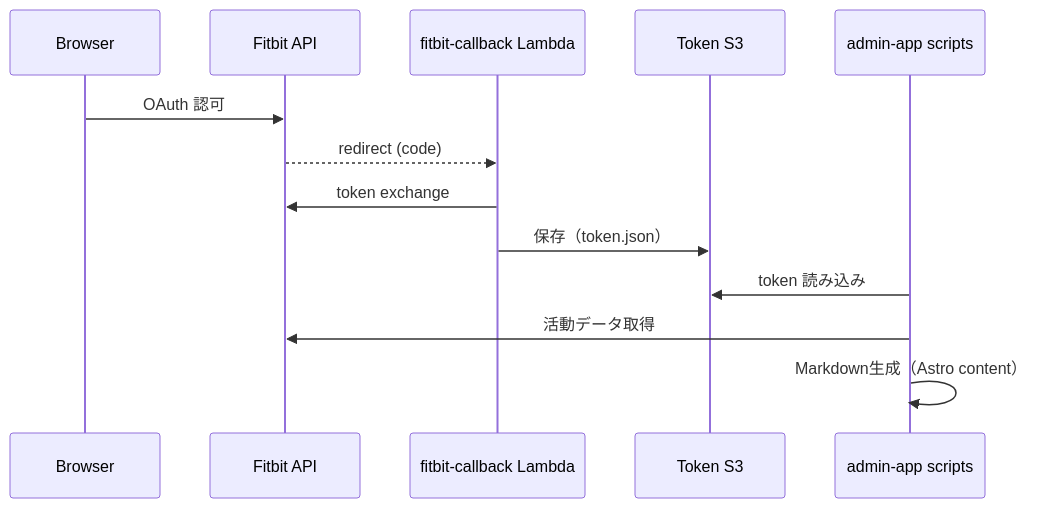
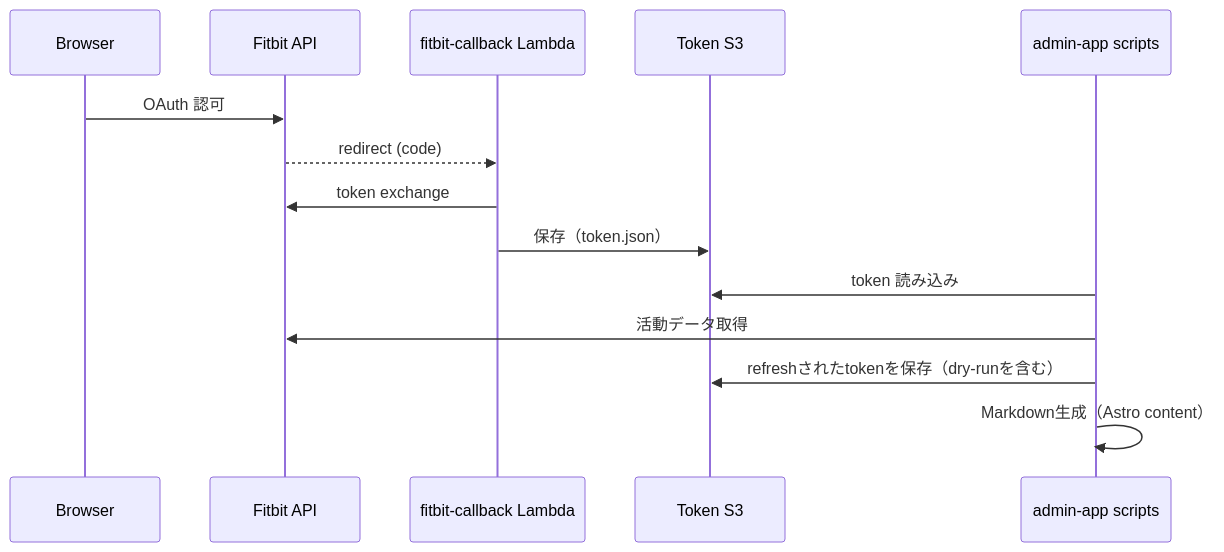
Before and after one commit to subaru44k/running_blog_from_scrach: the third of 3 diagrams in docs/architecture.md, drawn with Mermaid. The commit also changed other lines of this file and 8 other files, not shown here.

````diff
--- a/docs/architecture.md
+++ b/docs/architecture.md
@@ -131,16 +131,17 @@
 ```mermaid
 sequenceDiagram
   participant User as Browser
   participant Fitbit as Fitbit API
   participant CB as fitbit-callback Lambda
   participant S3 as Token S3
   participant Admin as admin-app scripts
 
   User->>Fitbit: OAuth 認可
   Fitbit-->>CB: redirect (code)
   CB->>Fitbit: token exchange
   CB->>S3: 保存（token.json）
   Admin->>S3: token 読み込み
   Admin->>Fitbit: 活動データ取得
+  Admin->>S3: refreshされたtokenを保存（dry-runを含む）
   Admin->>Admin: Markdown生成（Astro content）
 ```
````
